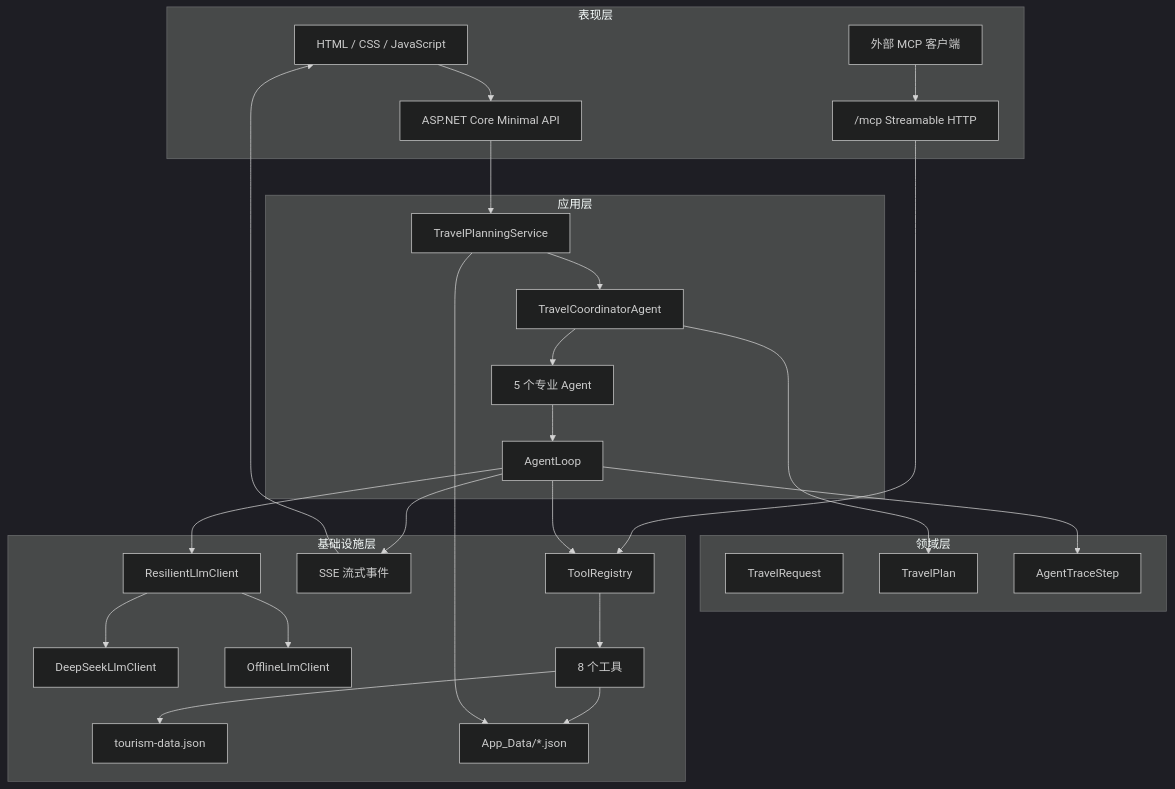
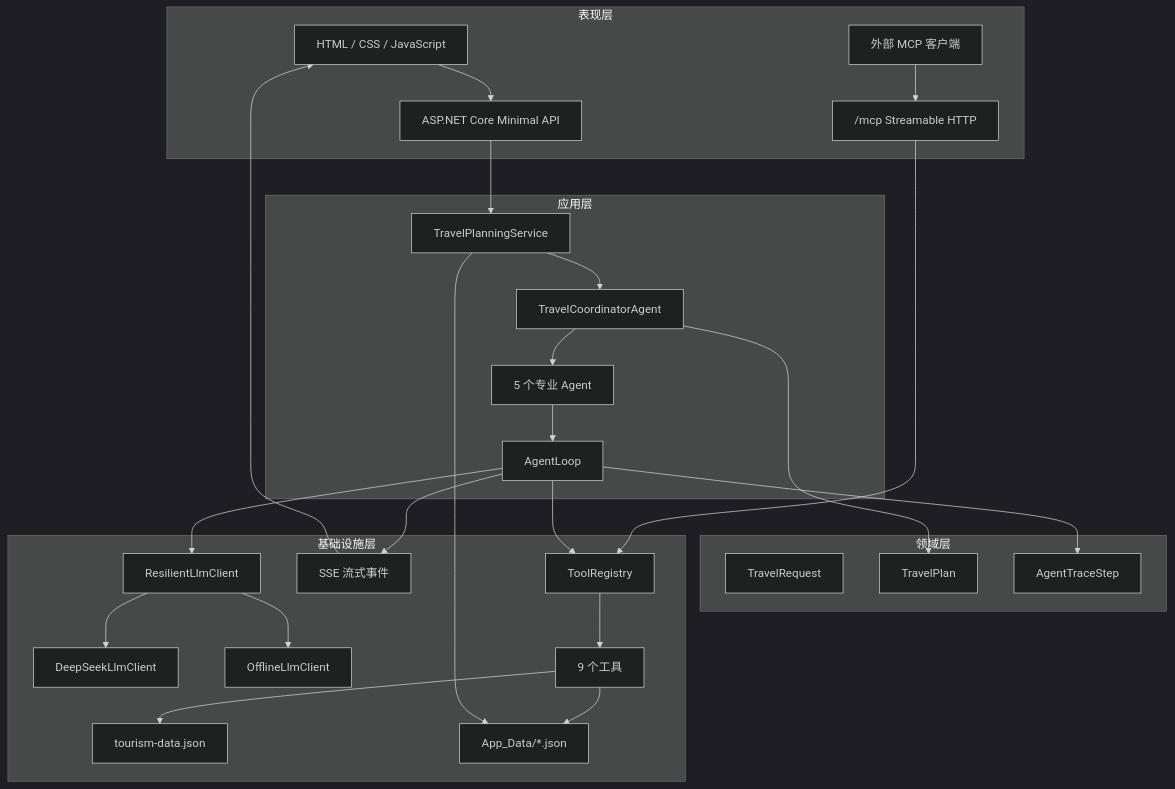
Before and after one commit to traveler703/DotNetAgentDev: the first of 5 diagrams in docs/架构设计.md, drawn with Mermaid (dark theme). The commit also changed other lines of this file and 21 other files, not shown here.

````diff
--- a/docs/架构设计.md
+++ b/docs/架构设计.md
@@ -17,47 +17,47 @@
 ```mermaid
 flowchart TB
     subgraph Presentation["表现层"]
         WEB["HTML / CSS / JavaScript"]
         API["ASP.NET Core Minimal API"]
         MCPCLIENT["外部 MCP 客户端"]
         MCPENDPOINT["/mcp Streamable HTTP"]
     end
 
     subgraph Application["应用层"]
         SERVICE["TravelPlanningService"]
         COORD["TravelCoordinatorAgent"]
         SPECIALISTS["5 个专业 Agent"]
         LOOP["AgentLoop"]
     end
 
     subgraph Domain["领域层"]
         REQUEST["TravelRequest"]
         PLAN["TravelPlan"]
         TRACE["AgentTraceStep"]
     end
 
     subgraph Infrastructure["基础设施层"]
         LLM["ResilientLlmClient"]
         DEEPSEEK["DeepSeekLlmClient"]
         OFFLINE["OfflineLlmClient"]
         SSE["SSE 流式事件"]
         REGISTRY["ToolRegistry"]
-        TOOLS["8 个工具"]
+        TOOLS["9 个工具"]
         CATALOG["tourism-data.json"]
         MEMORY["App_Data/*.json"]
     end
 
     WEB --> API --> SERVICE --> COORD
     MCPCLIENT --> MCPENDPOINT --> REGISTRY
     COORD --> SPECIALISTS --> LOOP
     LOOP --> LLM
     LOOP --> SSE --> WEB
     LLM --> DEEPSEEK
     LLM --> OFFLINE
     LOOP --> REGISTRY --> TOOLS
     TOOLS --> CATALOG
     TOOLS --> MEMORY
     SERVICE --> MEMORY
     COORD --> PLAN
     LOOP --> TRACE
 ```
````
